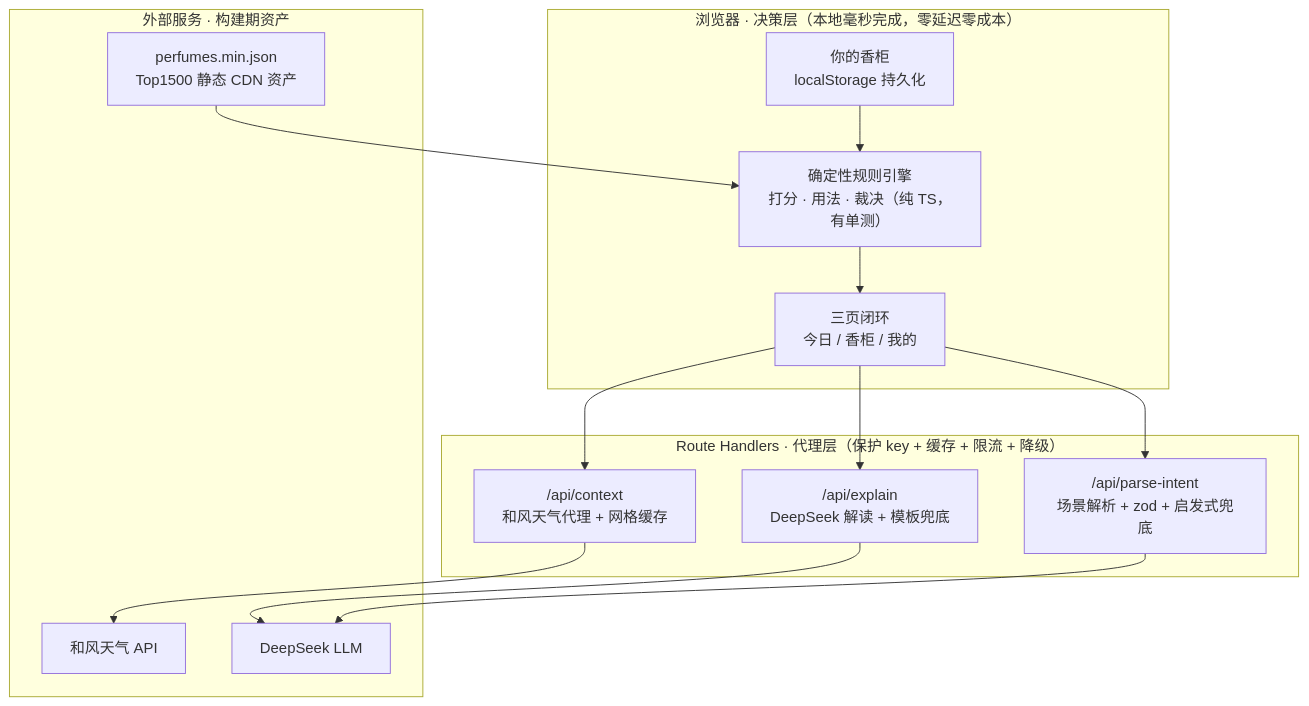
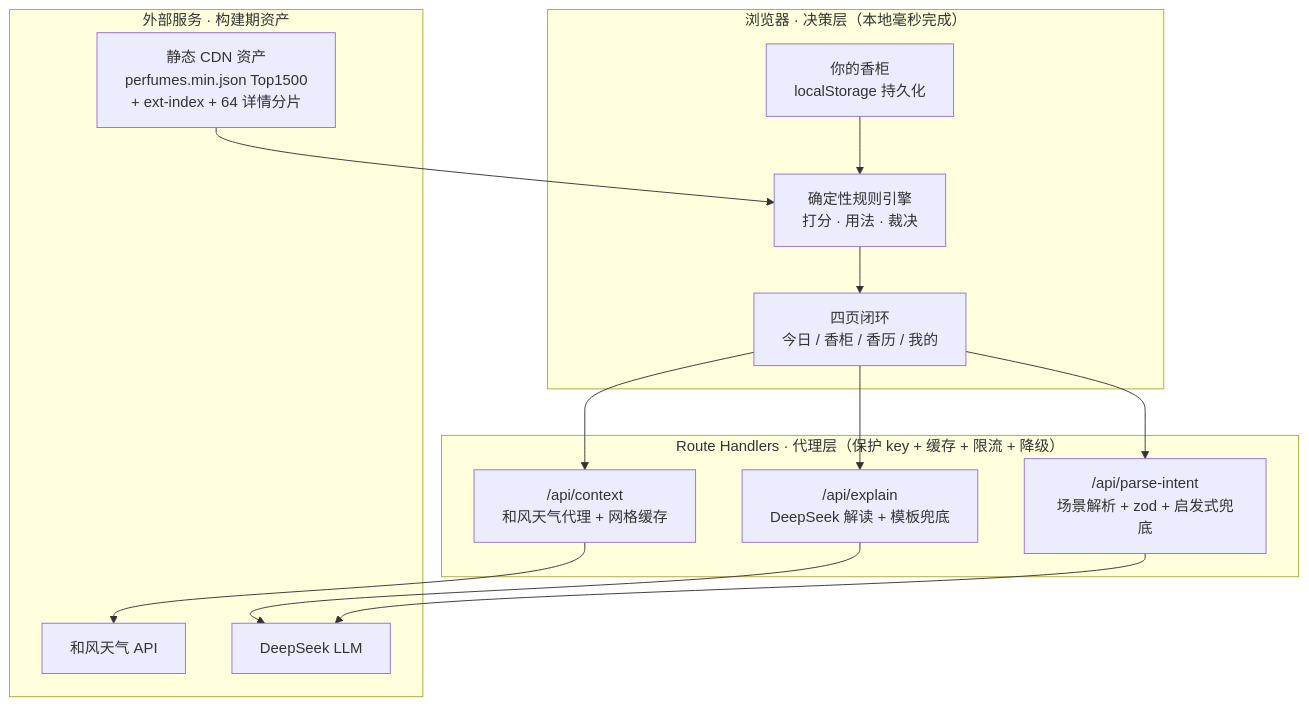
The second of 3 diagrams in docs/氛寸-产品方案.md (MrBaoboer/FenCun), drawn with Mermaid before and after one commit. The commit also changed other lines of this file and 22 other files, not shown here.

````diff
--- a/docs/氛寸-产品方案.md
+++ b/docs/氛寸-产品方案.md
@@ -146,24 +139,24 @@
 ```mermaid
 flowchart TB
-    subgraph Client["浏览器 · 决策层（本地毫秒完成，零延迟零成本）"]
+    subgraph Client["浏览器 · 决策层（本地毫秒完成）"]
         Lib["你的香柜<br/>localStorage 持久化"]
-        Engine["确定性规则引擎<br/>打分 · 用法 · 裁决（纯 TS，有单测）"]
-        UI["三页闭环<br/>今日 / 香柜 / 我的"]
+        Engine["确定性规则引擎<br/>打分 · 用法 · 裁决"]
+        UI["四页闭环<br/>今日 / 香柜 / 香历 / 我的"]
     end
     subgraph Edge["Route Handlers · 代理层（保护 key + 缓存 + 限流 + 降级）"]
         Ctx2["/api/context<br/>和风天气代理 + 网格缓存"]
         Exp["/api/explain<br/>DeepSeek 解读 + 模板兜底"]
         Parse["/api/parse-intent<br/>场景解析 + zod + 启发式兜底"]
     end
     subgraph Ext["外部服务 · 构建期资产"]
         QW["和风天气 API"]
         DS["DeepSeek LLM"]
-        Data["perfumes.min.json<br/>Top1500 静态 CDN 资产"]
+        Data["静态 CDN 资产<br/>perfumes.min.json Top1500<br/>+ ext-index + 64 详情分片"]
     end
     Data --> Engine
     Lib --> Engine
     UI --> Ctx2 --> QW
     UI --> Exp --> DS
     UI --> Parse --> DS
     Engine --> UI
 ```
````
